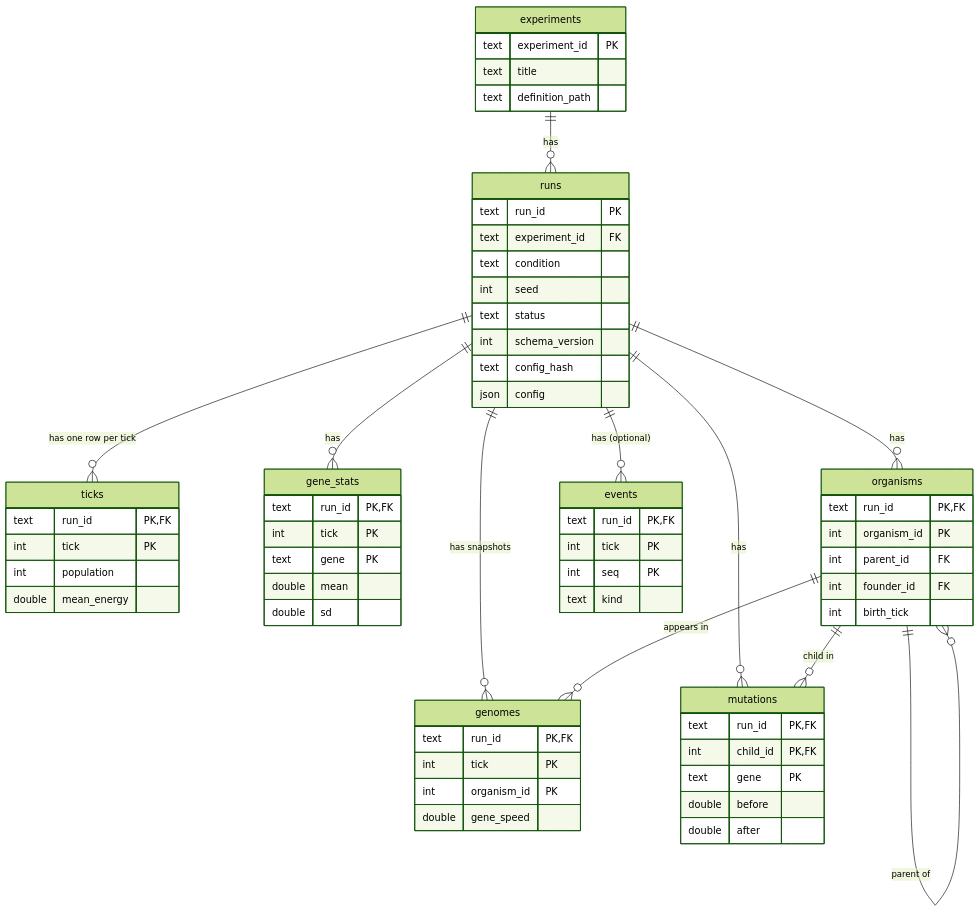
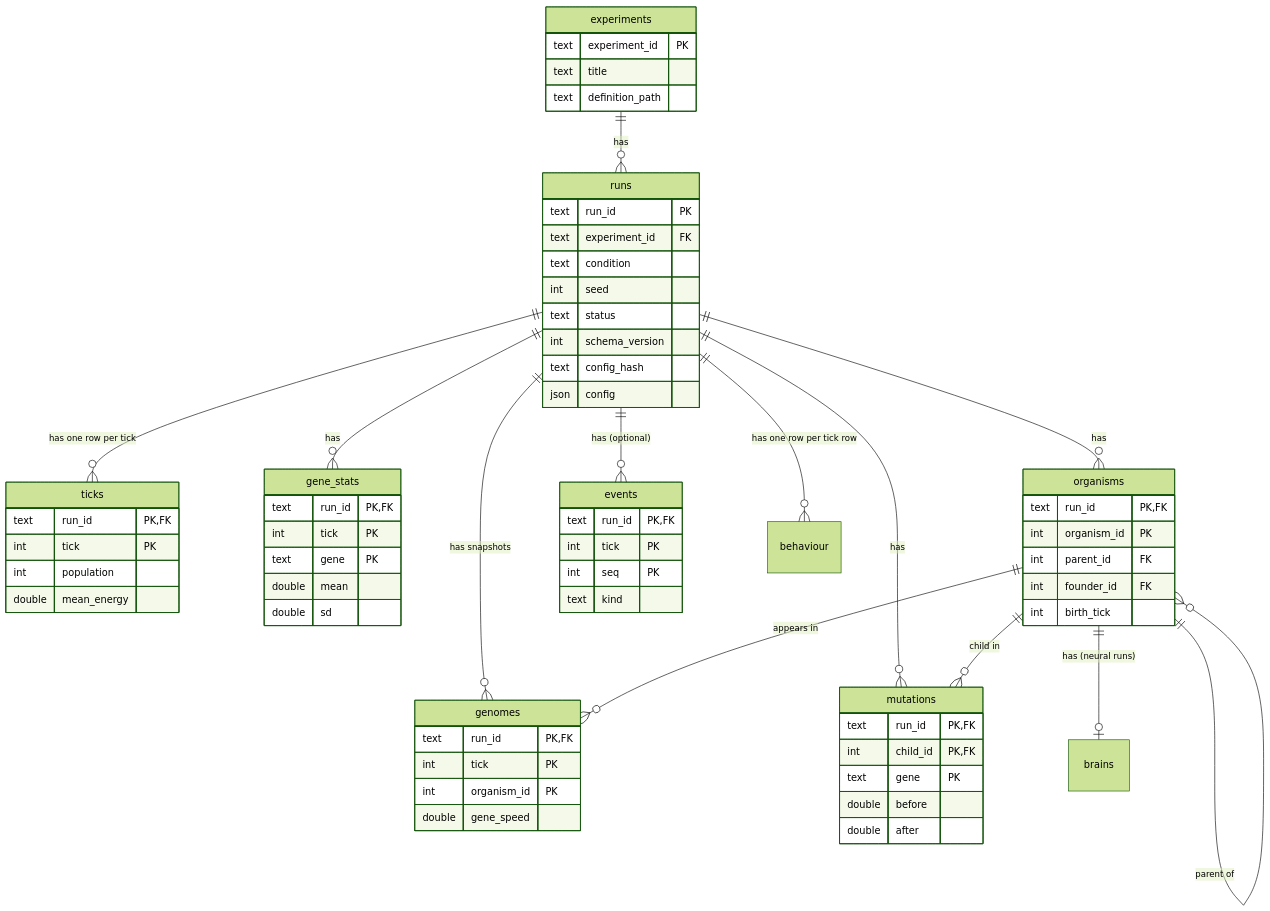
One commit to rlschlesinger/genesis-lab changed the diagram in docs/schema.md. Above: the diagram before and after it, drawn with Mermaid (forest theme). The commit also changed other lines of this file and 23 other files, not shown here.

First line of the commit message:
4.5: record behaviour and brains; run-folder schema v4 (D-043)

````diff
--- a/docs/schema.md
+++ b/docs/schema.md
@@ -45,68 +45,70 @@
 ```mermaid
 erDiagram
     experiments ||--o{ runs : "has"
     runs ||--o{ ticks : "has one row per tick"
     runs ||--o{ gene_stats : "has"
     runs ||--o{ genomes : "has snapshots"
     runs ||--o{ organisms : "has"
     runs ||--o{ mutations : "has"
     runs ||--o{ events : "has (optional)"
+    runs ||--o{ behaviour : "has one row per tick row"
+    organisms ||--o| brains : "has (neural runs)"
     organisms ||--o{ organisms : "parent of"
     organisms ||--o{ mutations : "child in"
     organisms ||--o{ genomes : "appears in"
 
     experiments {
         text experiment_id PK
         text title
         text definition_path
     }
     runs {
         text run_id PK
         text experiment_id FK
         text condition
         int seed
         text status
         int schema_version
         text config_hash
         json config
     }
     ticks {
         text run_id PK, FK
         int tick PK
         int population
         double mean_energy
     }
     gene_stats {
         text run_id PK, FK
         int tick PK
         text gene PK
         double mean
         double sd
     }
     genomes {
         text run_id PK, FK
         int tick PK
         int organism_id PK
         double gene_speed
     }
     organisms {
         text run_id PK, FK
         int organism_id PK
         int parent_id FK
         int founder_id FK
         int birth_tick
     }
     mutations {
         text run_id PK, FK
         int child_id PK, FK
         text gene PK
         double before
         double after
     }
     events {
         text run_id PK, FK
         int tick PK
         int seq PK
         text kind
     }
 ```
````
